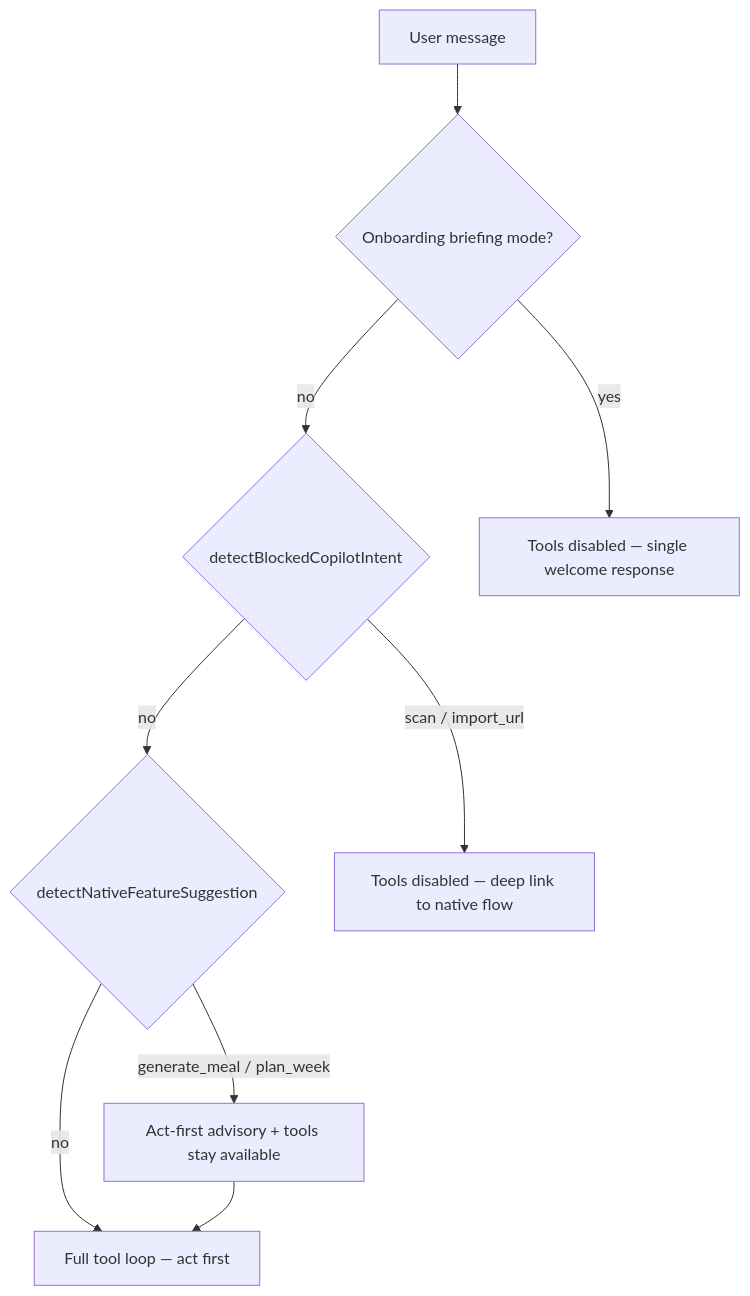
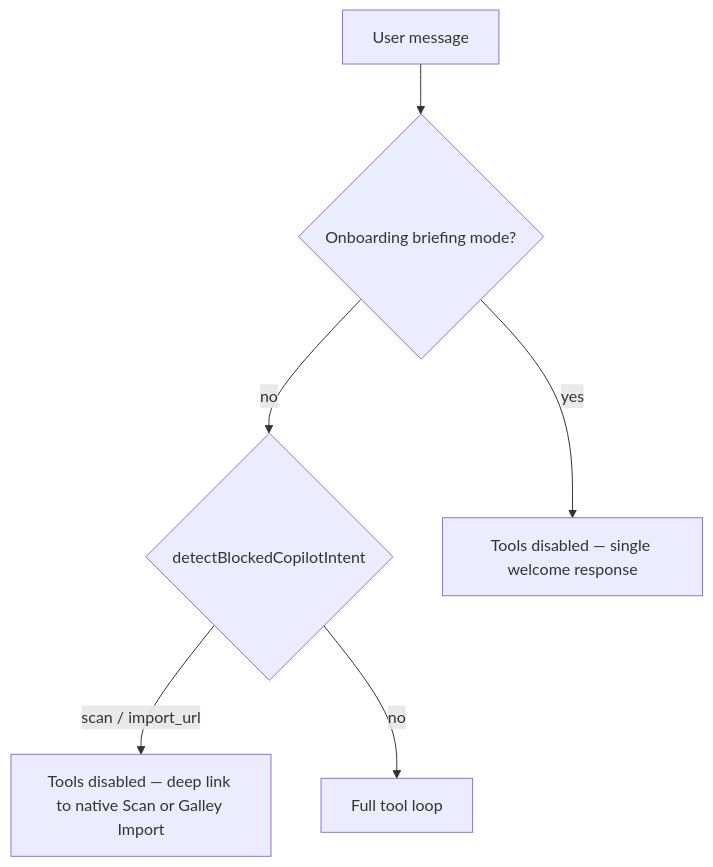
One commit to bjamesdowning/ration-mirror changed diagram 24 of 24 in README.md. Above: the diagram before and after it, drawn with Mermaid. The commit also changed other lines of this file and 45 other files, not shown here.

First line of the commit message:
feat: Copilot and MCP remaining macros, Quick Eat, and URL hard-block

````diff
--- a/README.md
+++ b/README.md
@@ -2399,17 +2402,13 @@
 ```mermaid
 flowchart TD
     UserMsg["User message"]
     Onboarding{"Onboarding briefing mode?"}
     Blocked{"detectBlockedCopilotIntent"}
-    Native{"detectNativeFeatureSuggestion"}
-    Tools["Full tool loop — act first"]
+    Tools["Full tool loop"]
 
     UserMsg --> Onboarding
     Onboarding -->|yes| Briefing["Tools disabled — single welcome response"]
     Onboarding -->|no| Blocked
-    Blocked -->|scan / import_url| Block["Tools disabled — deep link to native flow"]
-    Blocked -->|no| Native
-    Native -->|generate_meal / plan_week| Hint["Act-first advisory + tools stay available"]
-    Native -->|no| Tools
-    Hint --> Tools
+    Blocked -->|scan / import_url| Block["Tools disabled — deep link to native Scan or Galley Import"]
+    Blocked -->|no| Tools
 ```
````
